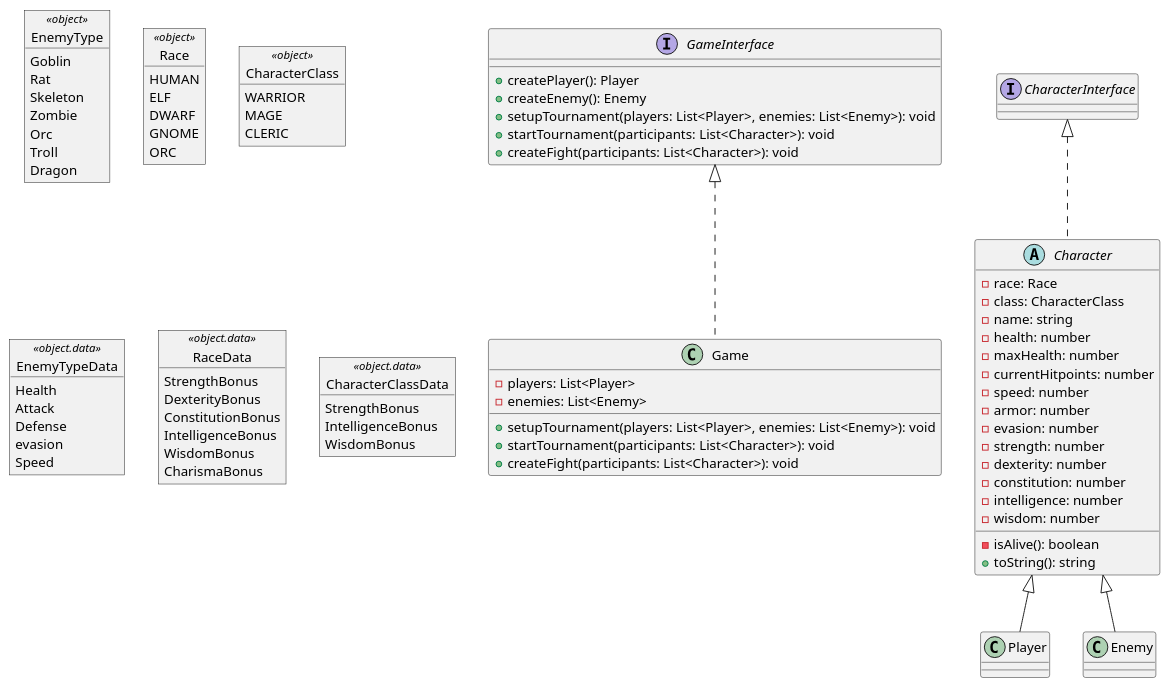
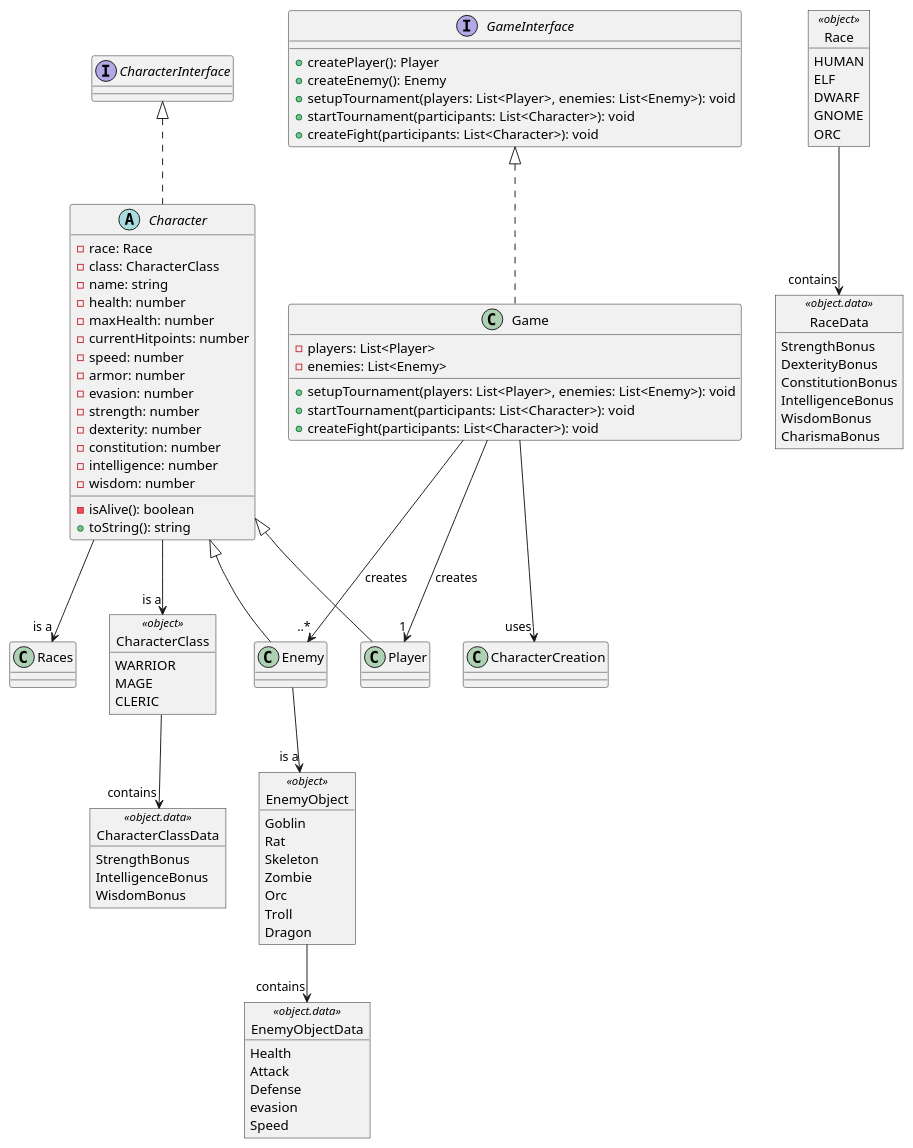
Before and after one commit to MrNegnar/RpgRandomGame: the diagram in diagrams/class_diagram_tournament_fighter_v_01.puml, drawn with PlantUML. The commit also changed 3 other files, not shown here.

Commit message:
small update,  add lines to class diagram. enemytype is now enemyObject. delete depricated imports in character. change how toString of character is written.

```diff
--- a/diagrams/class_diagram_tournament_fighter_v_01.puml
+++ b/diagrams/class_diagram_tournament_fighter_v_01.puml
@@ -1,106 +1,128 @@
 @startuml Class diagram of Tournament Fighter
 
 '===============Interfaces=================
 
 interface GameInterface {
   +createPlayer(): Player
   +createEnemy(): Enemy
   +setupTournament(players: List<Player>, enemies: List<Enemy>): void
   +startTournament(participants: List<Character>): void
   +createFight(participants: List<Character>): void
 }
 
 
 
 '===============Objects=================
 
-object EnemyType <<object>> {
+object EnemyObject <<object>> {
   Goblin
   Rat
   Skeleton
   Zombie
   Orc
   Troll
   Dragon
 }
 
 object Race <<object>> {
   HUMAN
   ELF
   DWARF
   GNOME
   ORC
 }
 
 object CharacterClass <<object>> {
   WARRIOR
   MAGE
   CLERIC
 }
 
 '===============Object data=================
 
-object EnemyTypeData <<object.data>> {
+object EnemyObjectData <<object.data>> {
   Health
   Attack
   Defense
   evasion
   Speed
 }
 
 object RaceData <<object.data>> {
   StrengthBonus
   DexterityBonus
   ConstitutionBonus
   IntelligenceBonus
   WisdomBonus
   CharismaBonus
 }
 
 object CharacterClassData <<object.data>> {
   StrengthBonus
   IntelligenceBonus
   WisdomBonus
 }
 
 
 
 '===============abstract classes=================
 
 abstract Character implements CharacterInterface {
   - race: Race
   - class: CharacterClass
   - name: string
   - health: number
   - maxHealth: number
   - currentHitpoints: number
   - speed: number
   - armor: number
   - evasion: number
   - strength: number
   - dexterity: number
   - constitution: number
   - intelligence: number
   - wisdom: number
   - isAlive(): boolean
   + toString(): string
 }
 
 '===============concrete classes=================
 
 class Game implements GameInterface {
   -players: List<Player>
   -enemies: List<Enemy>
   +setupTournament(players: List<Player>, enemies: List<Enemy>): void
   +startTournament(participants: List<Character>): void
   +createFight(participants: List<Character>): void
 }
 
 class Player extends Character {
 }
 
 class Enemy extends Character {
 }
 
+'================Objects=================
+
+Character --> "is a" Races
+Character --> "is a"CharacterClass
+
+Enemy --> "is a" EnemyObject
+
+'===============relations=================
+
+Game --> "uses" CharacterCreation
+Game --> "1" Player: creates
+Game --> "..*" Enemy: creates
+
+'==========Object data relations===========
+
+Race --> "contains" RaceData
+
+EnemyObject --> "contains" EnemyObjectData
+
+CharacterClass --> "contains" CharacterClassData
+
+'===============Notes=================
 
 @enduml
```
